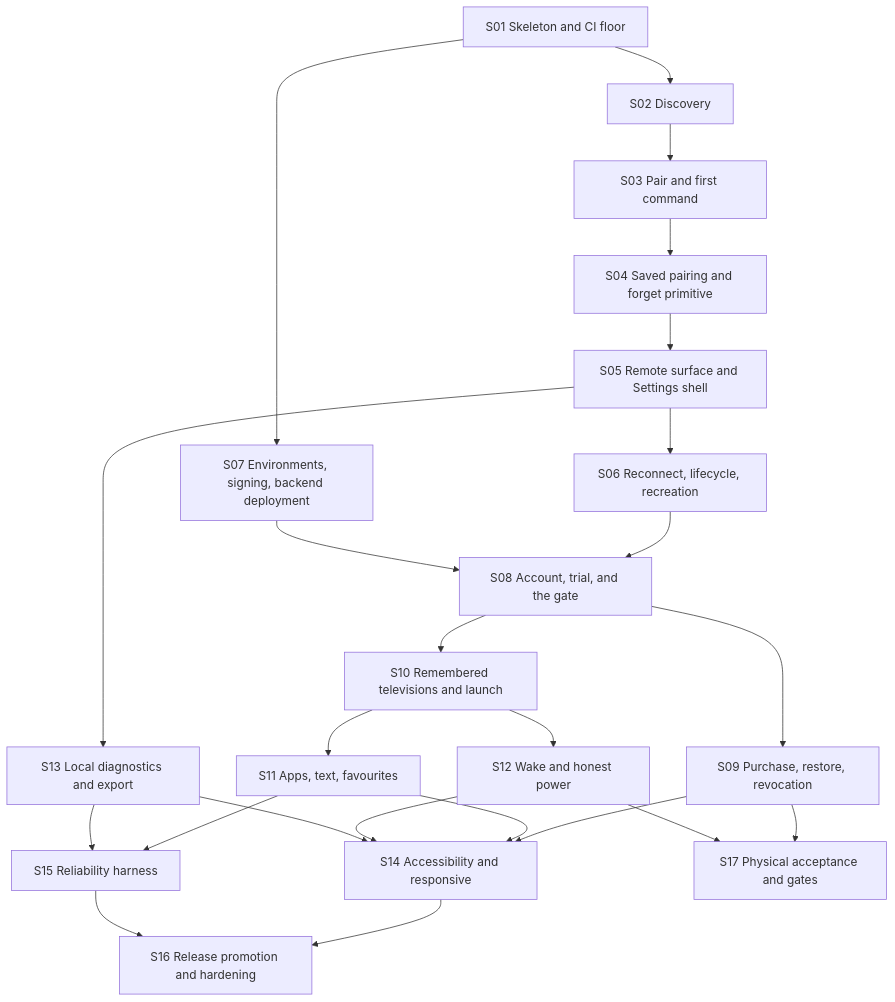
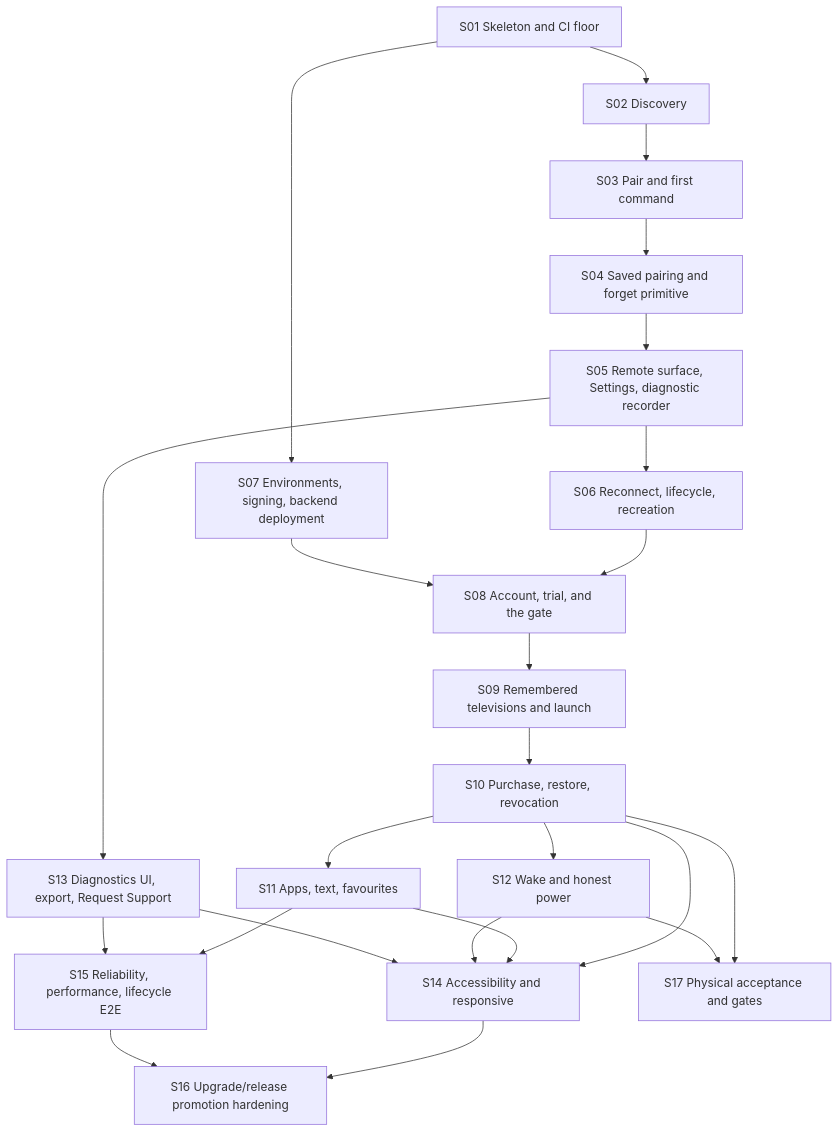
Before and after one commit to anthracite-labs/AppT: the diagram in docs/architecture/slices.md, drawn with Mermaid. The commit also changed other lines of this file, not shown here.

Commit message:
docs: reorder future slices around full app lifecycle

````diff
--- a/docs/architecture/slices.md
+++ b/docs/architecture/slices.md
@@ -24,40 +28,39 @@
 ```mermaid
 flowchart TD
   s01[S01 Skeleton and CI floor]
   s02[S02 Discovery]
   s03[S03 Pair and first command]
   s04[S04 Saved pairing and forget primitive]
-  s05[S05 Remote surface and Settings shell]
+  s05[S05 Remote surface, Settings, diagnostic recorder]
   s06[S06 Reconnect, lifecycle, recreation]
   s07[S07 Environments, signing, backend deployment]
   s08[S08 Account, trial, and the gate]
-  s09[S09 Purchase, restore, revocation]
-  s10[S10 Remembered televisions and launch]
+  s09[S09 Remembered televisions and launch]
+  s10[S10 Purchase, restore, revocation]
   s11[S11 Apps, text, favourites]
   s12[S12 Wake and honest power]
-  s13[S13 Local diagnostics and export]
+  s13[S13 Diagnostics UI, export, Request Support]
   s14[S14 Accessibility and responsive]
-  s15[S15 Reliability harness]
-  s16[S16 Release promotion and hardening]
+  s15[S15 Reliability, performance, lifecycle E2E]
+  s16[S16 Upgrade/release promotion hardening]
   s17[S17 Physical acceptance and gates]
 
   s01 --> s02 --> s03 --> s04 --> s05 --> s06
   s01 --> s07
   s06 --> s08
   s07 --> s08
-  s08 --> s09
-  s08 --> s10
+  s08 --> s09 --> s10
   s10 --> s11
   s10 --> s12
   s05 --> s13
-  s09 --> s14
+  s10 --> s14
   s11 --> s14
   s12 --> s14
   s13 --> s14
   s11 --> s15
   s13 --> s15
   s14 --> s16
   s15 --> s16
-  s09 --> s17
+  s10 --> s17
   s12 --> s17
 ```
````
